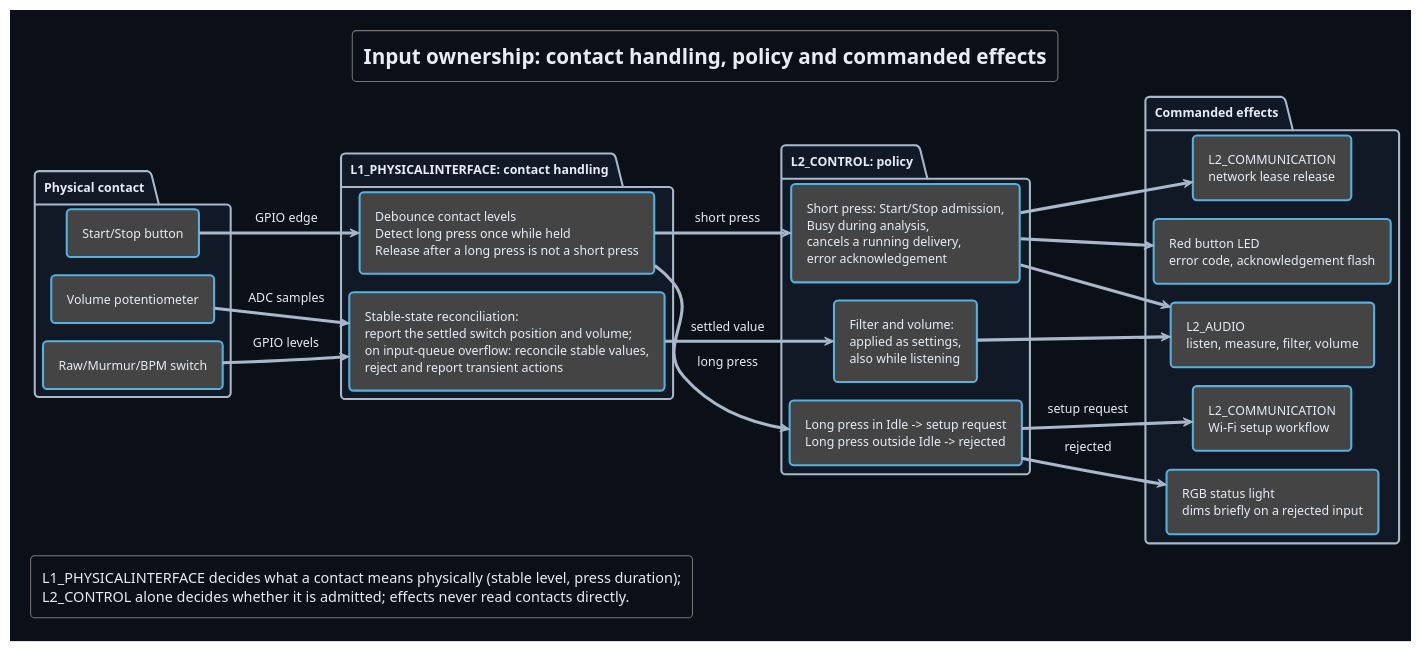
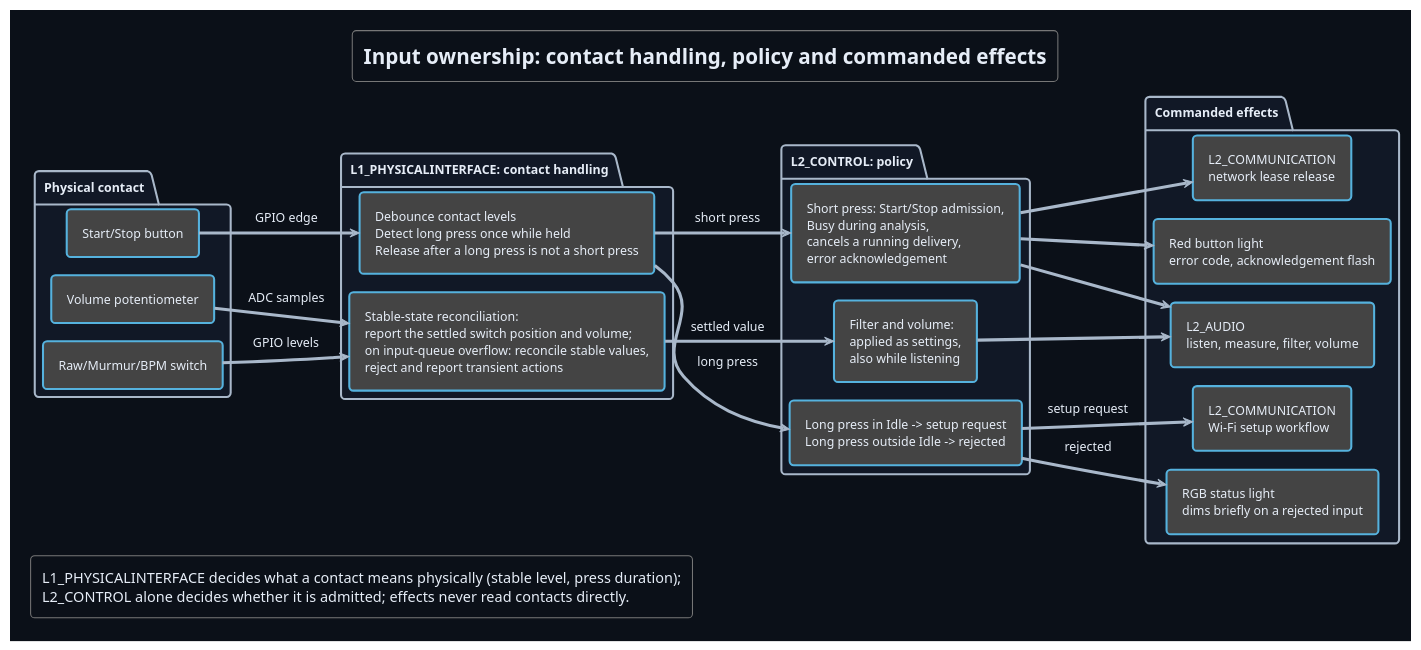
One commit to DemonicPsychoII/DigitalStethoscope changed the diagram in Development/system/architecture/system/puml/input-ownership.puml. Above: the diagram before and after it, drawn with PlantUML. The commit also changed 120 other files, not shown here.

```diff
--- a/Development/system/architecture/system/puml/input-ownership.puml
+++ b/Development/system/architecture/system/puml/input-ownership.puml
@@ -1,60 +1,60 @@
 @startuml input_ownership
 !theme cyborg
 !pragma layout smetana
 skinparam shadowing false
 skinparam defaultFontName SansSerif
 skinparam backgroundColor #0b1018
 skinparam defaultFontColor #e6edf7
 skinparam ArrowColor #a9b8ca
 skinparam componentStyle rectangle
 skinparam package {
  BackgroundColor #111826
  BorderColor #a9b8ca
  FontColor #e6edf7
 }
 title Input ownership: contact handling, policy and commanded effects
 left to right direction
 
 package "Physical contact" {
  rectangle "Start/Stop button" as Button
  rectangle "Raw/Murmur/BPM switch" as Switch
  rectangle "Volume potentiometer" as Potentiometer
 }
 
 package "L1_PHYSICALINTERFACE: contact handling" {
  rectangle "Debounce contact levels\nDetect long press once while held\nRelease after a long press is not a short press" as ButtonAdapter
  rectangle "Stable-state reconciliation:\nreport the settled switch position and volume;\non input-queue overflow: reconcile stable values,\nreject and report transient actions" as StableAdapter
 }
 
 package "L2_CONTROL: policy" {
  rectangle "Long press in Idle -> setup request\nLong press outside Idle -> rejected" as LongPressPolicy
  rectangle "Short press: Start/Stop admission,\nBusy during analysis,\ncancels a running delivery,\nerror acknowledgement" as ShortPressPolicy
  rectangle "Filter and volume:\napplied as settings,\nalso while listening" as SettingPolicy
 }
 
 package "Commanded effects" {
  rectangle "L2_COMMUNICATION\nWi-Fi setup workflow" as SetupEffect
  rectangle "RGB status light\ndims briefly on a rejected input" as RejectEffect
  rectangle "L2_AUDIO\nlisten, measure, filter, volume" as AudioEffect
  rectangle "L2_COMMUNICATION\nnetwork lease release" as LeaseEffect
- rectangle "Red button LED\nerror code, acknowledgement flash" as RedEffect
+ rectangle "Red button light\nerror code, acknowledgement flash" as RedEffect
 }
 
 Button --> ButtonAdapter : GPIO edge
 Switch --> StableAdapter : GPIO levels
 Potentiometer --> StableAdapter : ADC samples
 ButtonAdapter --> LongPressPolicy : long press
 ButtonAdapter --> ShortPressPolicy : short press
 StableAdapter --> SettingPolicy : settled value
 LongPressPolicy --> SetupEffect : setup request
 LongPressPolicy --> RejectEffect : rejected
 ShortPressPolicy --> AudioEffect
 ShortPressPolicy --> LeaseEffect
 ShortPressPolicy --> RedEffect
 SettingPolicy --> AudioEffect
 
 legend bottom left
  L1_PHYSICALINTERFACE decides what a contact means physically (stable level, press duration);
  L2_CONTROL alone decides whether it is admitted; effects never read contacts directly.
 endlegend
 @enduml
```
